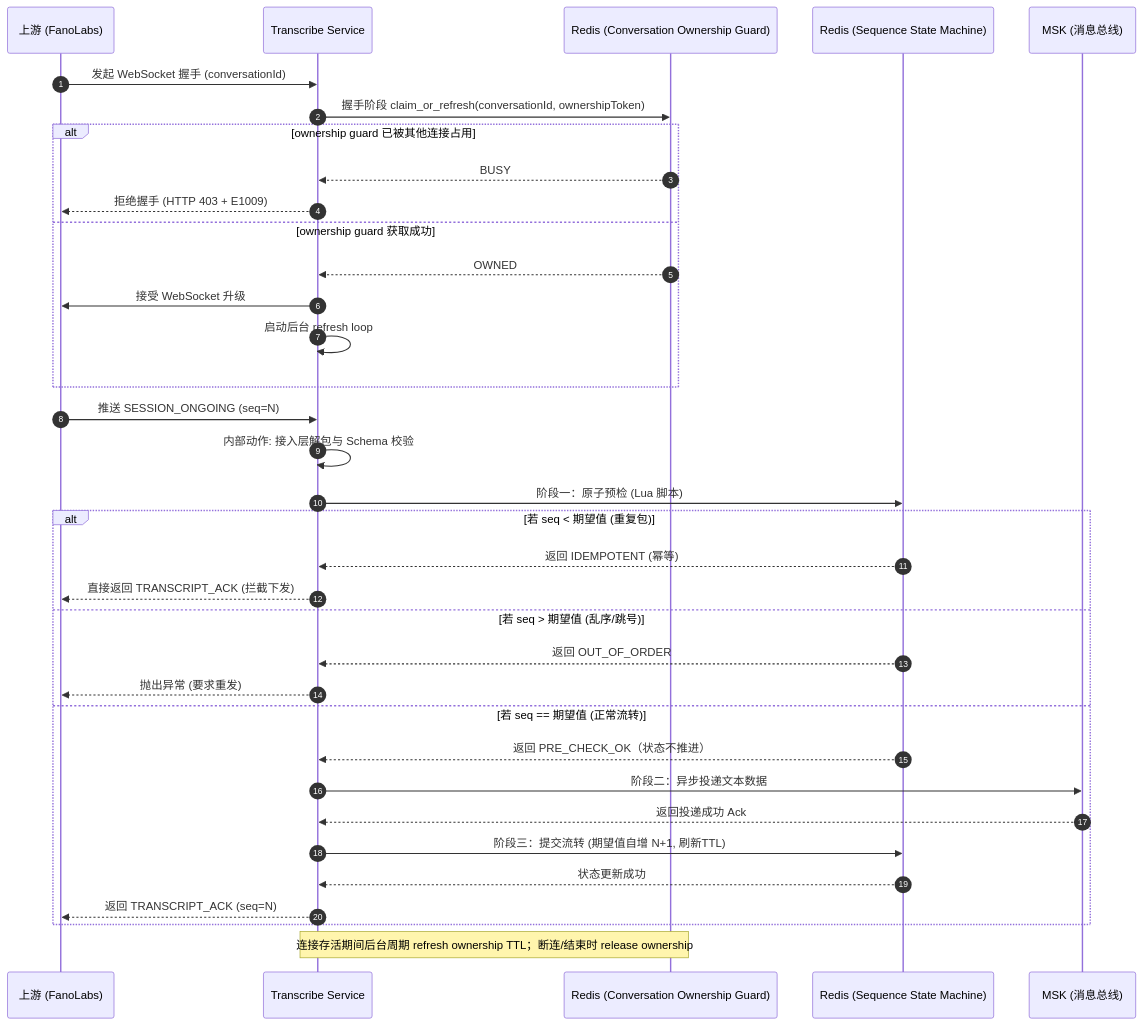
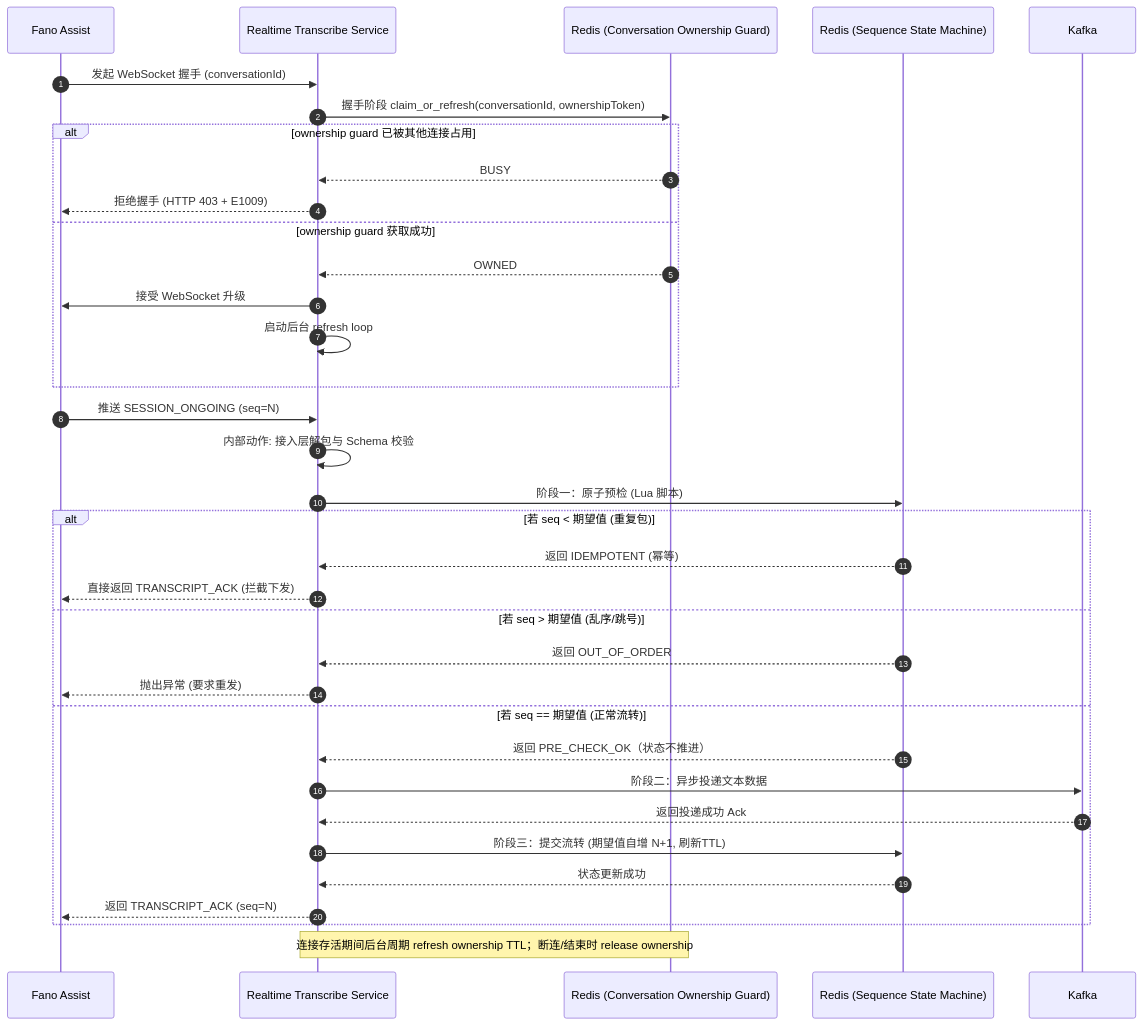
Before and after one commit to xiaodouya001/transcribe_service: the third of 6 diagrams in design/application-design_zh.md, drawn with Mermaid. The commit also changed other lines of this file and 63 other files, not shown here.

Commit message:
Rename package and align Realtime Transcribe Service naming

````diff
--- a/design/application-design_zh.md
+++ b/design/application-design_zh.md
@@ -119,44 +119,44 @@
 ```mermaid
 sequenceDiagram
     autonumber
-    participant Vendor as 上游 (FanoLabs)
-    participant Trans as Transcribe Service
+    participant Upstream as Fano Assist
+    participant Trans as Realtime Transcribe Service
     participant RedisOwnership as Redis (Conversation Ownership Guard)
     participant RedisState as Redis (Sequence State Machine)
-    participant Kafka as MSK (消息总线)
+    participant Kafka as Kafka
 
-    Vendor->>Trans: 发起 WebSocket 握手 (conversationId)
+    Upstream->>Trans: 发起 WebSocket 握手 (conversationId)
     Trans->>RedisOwnership: 握手阶段 claim_or_refresh(conversationId, ownershipToken)
     alt ownership guard 已被其他连接占用
         RedisOwnership-->>Trans: BUSY
-        Trans-->>Vendor: 拒绝握手 (HTTP 403 + E1009)
+        Trans-->>Upstream: 拒绝握手 (HTTP 403 + E1009)
     else ownership guard 获取成功
         RedisOwnership-->>Trans: OWNED
-        Trans->>Vendor: 接受 WebSocket 升级
+        Trans->>Upstream: 接受 WebSocket 升级
         Trans->>Trans: 启动后台 refresh loop
     end
 
-    Vendor->>Trans: 推送 SESSION_ONGOING (seq=N)
+    Upstream->>Trans: 推送 SESSION_ONGOING (seq=N)
     Trans->>Trans: 内部动作: 接入层解包与 Schema 校验
     Trans->>RedisState: 阶段一：原子预检 (Lua 脚本)
     
     alt 若 seq < 期望值 (重复包)
         RedisState-->>Trans: 返回 IDEMPOTENT (幂等)
-        Trans-->>Vendor: 直接返回 TRANSCRIPT_ACK (拦截下发)
+        Trans-->>Upstream: 直接返回 TRANSCRIPT_ACK (拦截下发)
     else 若 seq > 期望值 (乱序/跳号)
         RedisState-->>Trans: 返回 OUT_OF_ORDER
-        Trans-->>Vendor: 抛出异常 (要求重发)
+        Trans-->>Upstream: 抛出异常 (要求重发)
     else 若 seq == 期望值 (正常流转)
         RedisState-->>Trans: 返回 PRE_CHECK_OK（状态不推进）
         
         Trans->>Kafka: 阶段二：异步投递文本数据
         Kafka-->>Trans: 返回投递成功 Ack
         
         Trans->>RedisState: 阶段三：提交流转 (期望值自增 N+1, 刷新TTL)
         RedisState-->>Trans: 状态更新成功
         
-        Trans-->>Vendor: 返回 TRANSCRIPT_ACK (seq=N)
+        Trans-->>Upstream: 返回 TRANSCRIPT_ACK (seq=N)
     end
 
     Note over Trans,RedisOwnership: 连接存活期间后台周期 refresh ownership TTL；断连/结束时 release ownership
 ```
````
